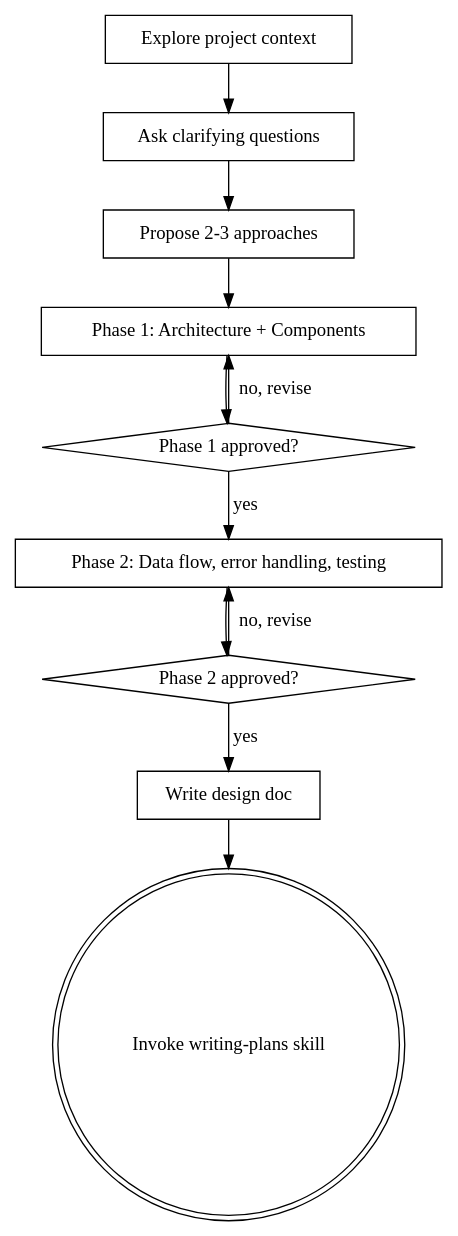
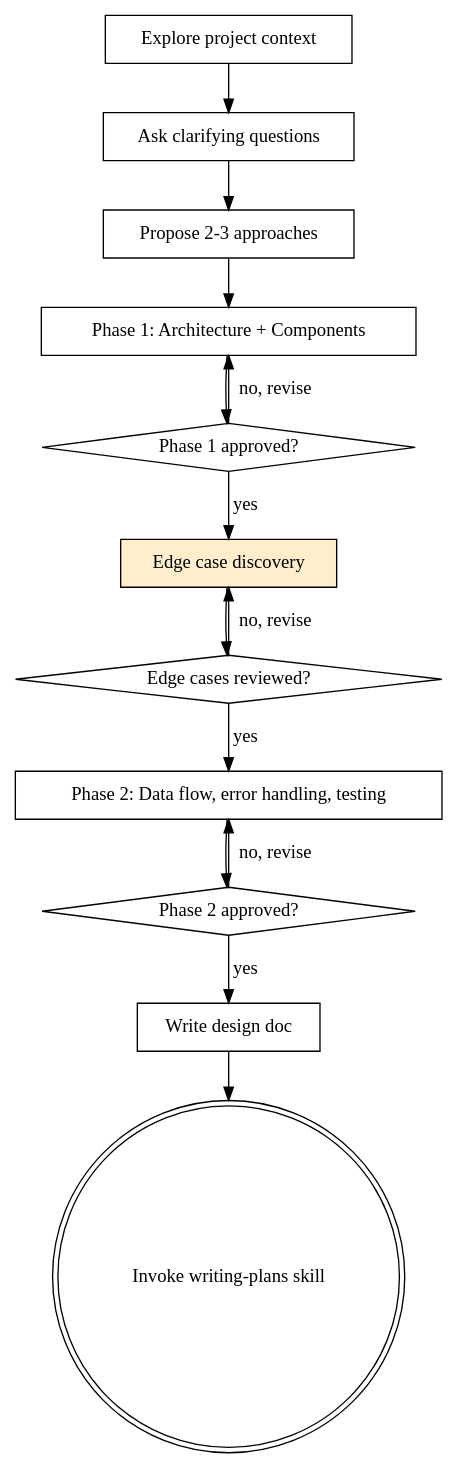
One commit to mieubrisse/superpowers changed the diagram in skills/brainstorming/SKILL.md. Above: the diagram before and after it, drawn with Graphviz. The commit also changed other lines of this file and 6 other files, not shown here.

Commit message:
Add edge-case-discovery skill and integrate into brainstorming flow

````diff
--- a/skills/brainstorming/SKILL.md
+++ b/skills/brainstorming/SKILL.md
@@ -35,24 +37,29 @@
 ```dot
 digraph brainstorming {
     "Explore project context" [shape=box];
     "Ask clarifying questions" [shape=box];
     "Propose 2-3 approaches" [shape=box];
     "Phase 1: Architecture + Components" [shape=box];
     "Phase 1 approved?" [shape=diamond];
+    "Edge case discovery" [shape=box, style=filled, fillcolor="#ffeecc"];
+    "Edge cases reviewed?" [shape=diamond];
     "Phase 2: Data flow, error handling, testing" [shape=box];
     "Phase 2 approved?" [shape=diamond];
     "Write design doc" [shape=box];
     "Invoke writing-plans skill" [shape=doublecircle];
 
     "Explore project context" -> "Ask clarifying questions";
     "Ask clarifying questions" -> "Propose 2-3 approaches";
     "Propose 2-3 approaches" -> "Phase 1: Architecture + Components";
     "Phase 1: Architecture + Components" -> "Phase 1 approved?";
     "Phase 1 approved?" -> "Phase 1: Architecture + Components" [label="no, revise"];
-    "Phase 1 approved?" -> "Phase 2: Data flow, error handling, testing" [label="yes"];
+    "Phase 1 approved?" -> "Edge case discovery" [label="yes"];
+    "Edge case discovery" -> "Edge cases reviewed?";
+    "Edge cases reviewed?" -> "Edge case discovery" [label="no, revise"];
+    "Edge cases reviewed?" -> "Phase 2: Data flow, error handling, testing" [label="yes"];
     "Phase 2: Data flow, error handling, testing" -> "Phase 2 approved?";
     "Phase 2 approved?" -> "Phase 2: Data flow, error handling, testing" [label="no, revise"];
     "Phase 2 approved?" -> "Write design doc" [label="yes"];
     "Write design doc" -> "Invoke writing-plans skill";
 }
 ```
````
